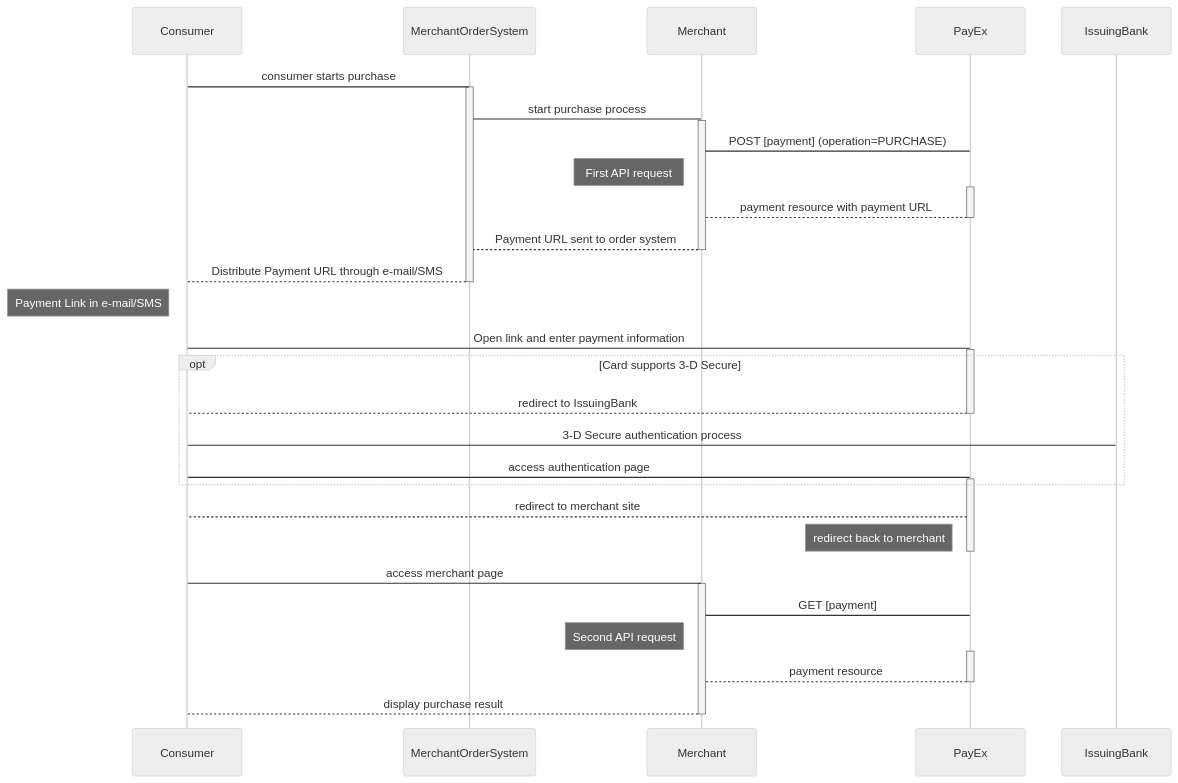
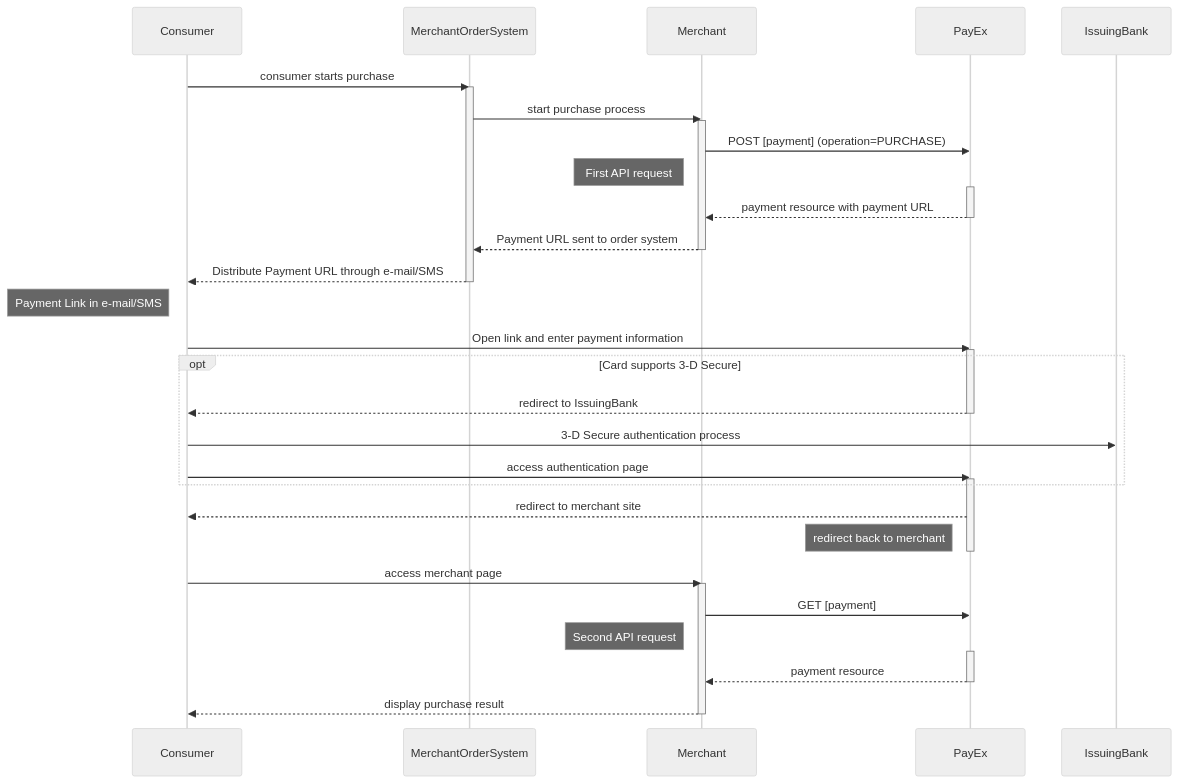
One commit to SwedbankPay/developer.swedbankpay.com changed the diagram in payments/mobile-pay/index.md. Above: the diagram before and after it, drawn with Mermaid (neutral theme). The commit also changed other lines of this file and 4 other files, not shown here.

````diff
--- a/payments/mobile-pay/index.md
+++ b/payments/mobile-pay/index.md
@@ -106,42 +178,42 @@
 ```mermaid
 sequenceDiagram
-  Consumer->MerchantOrderSystem: consumer starts purchase
+  Consumer->>MerchantOrderSystem: consumer starts purchase
   Activate MerchantOrderSystem
-  MerchantOrderSystem->Merchant: start purchase process
+  MerchantOrderSystem->>Merchant: start purchase process
   Activate Merchant  
-  Merchant->PayEx: POST [payment] (operation=PURCHASE)
+  Merchant->>PayEx: POST [payment] (operation=PURCHASE)
   note left of Merchant: First API request
   Activate PayEx
-  PayEx-->Merchant: payment resource with payment URL 
+  PayEx-->>Merchant: payment resource with payment URL 
   Deactivate PayEx
-  Merchant-->MerchantOrderSystem: Payment URL sent to order system
+  Merchant-->>MerchantOrderSystem: Payment URL sent to order system
   Deactivate Merchant
-  MerchantOrderSystem-->Consumer: Distribute Payment URL through e-mail/SMS
+  MerchantOrderSystem-->>Consumer: Distribute Payment URL through e-mail/SMS
   Deactivate MerchantOrderSystem
   
   note left of Consumer: Payment Link in e-mail/SMS
-  Consumer->PayEx: Open link and enter payment information
+  Consumer->>PayEx: Open link and enter payment information
   Activate PayEx
   
   opt Card supports 3-D Secure
-  PayEx-->Consumer: redirect to IssuingBank
+  PayEx-->>Consumer: redirect to IssuingBank
   Deactivate PayEx
-  Consumer->IssuingBank: 3-D Secure authentication process
-  Consumer->PayEx: access authentication page
+  Consumer->>IssuingBank: 3-D Secure authentication process
+  Consumer->>PayEx: access authentication page
   Activate PayEx
   end
   
-  PayEx-->Consumer: redirect to merchant site
+  PayEx-->>Consumer: redirect to merchant site
   note left of PayEx: redirect back to merchant
   Deactivate PayEx
   
-  Consumer->Merchant: access merchant page
+  Consumer->>Merchant: access merchant page
   Activate Merchant
-  Merchant->PayEx: GET [payment]
+  Merchant->>PayEx: GET [payment]
   note left of Merchant: Second API request
   Activate PayEx
-  PayEx-->Merchant: payment resource
+  PayEx-->>Merchant: payment resource
   Deactivate PayEx
-  Merchant-->Consumer: display purchase result
+  Merchant-->>Consumer: display purchase result
   Deactivate Merchant
 ```
````
